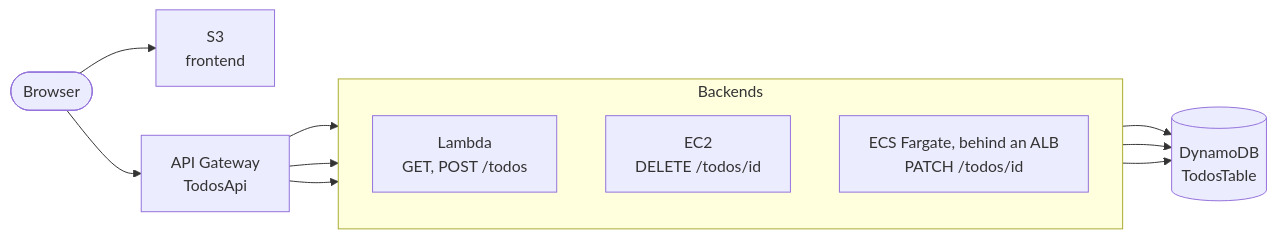
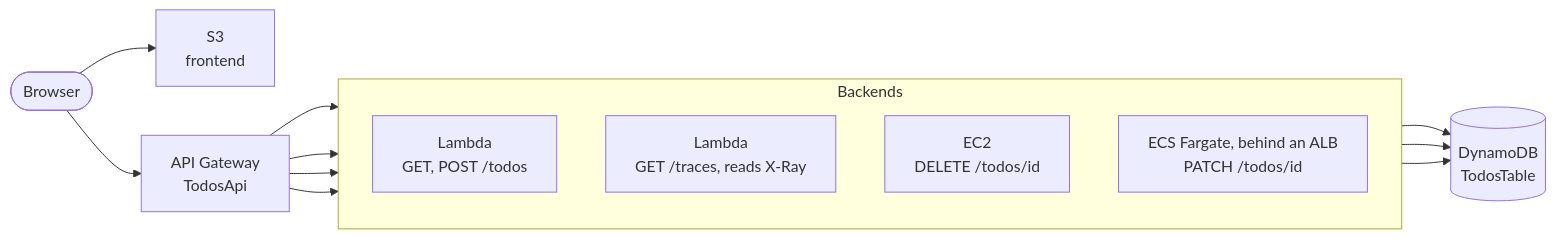
One commit to juan19932carlos/aws-xray-example changed the first of 4 diagrams in architecture/infrastructure.md. Above: the diagram before and after it, drawn with Mermaid. The commit also changed other lines of this file and 2 other files, not shown here.

````diff
--- a/architecture/infrastructure.md
+++ b/architecture/infrastructure.md
@@ -7,24 +7,26 @@
 ```mermaid
 flowchart LR
     Browser([Browser])
     S3["S3<br/>frontend"]
     Api["API Gateway<br/>TodosApi"]
 
     subgraph Backends
         direction TB
         Lambda["Lambda<br/>GET, POST /todos"]
+        Traces["Lambda<br/>GET /traces, reads X-Ray"]
         EC2["EC2<br/>DELETE /todos/id"]
         Ecs["ECS Fargate, behind an ALB<br/>PATCH /todos/id"]
     end
 
     DDB[("DynamoDB<br/>TodosTable")]
 
     Browser --> S3
     Browser --> Api
     Api --> Lambda
+    Api --> Traces
     Api --> EC2
     Api --> Ecs
     Lambda --> DDB
     EC2 --> DDB
     Ecs --> DDB
 ```
````
